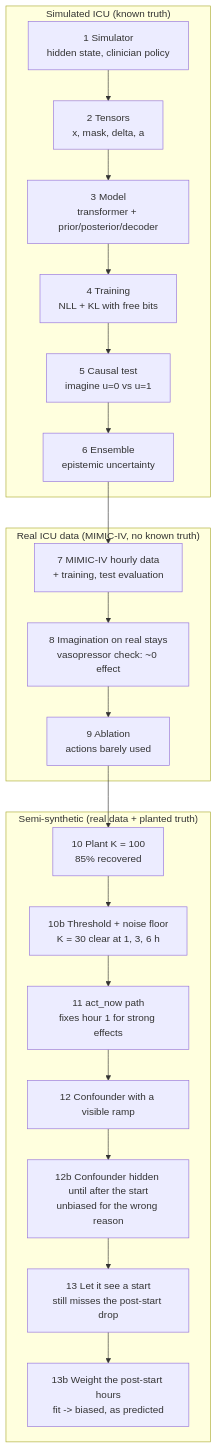
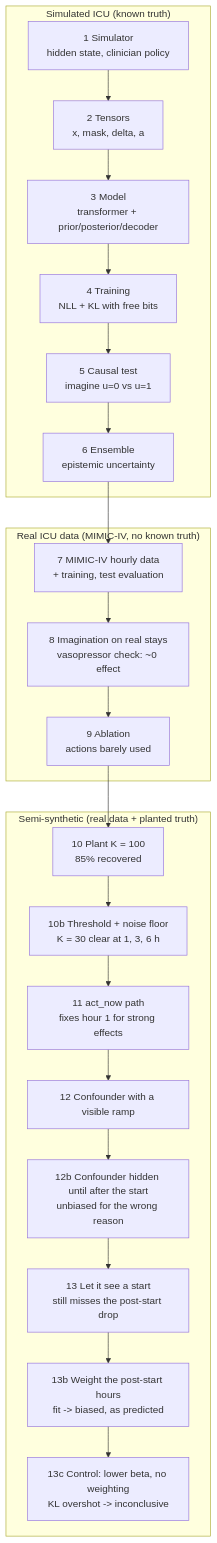
The first of 3 diagrams in docs/JOURNEY.md (seyedhasanmirhoseini1367/icu-world-model), drawn with Mermaid before and after one commit. The commit also changed other lines of this file and 4 other files, not shown here.

First line of the commit message:
Stage 13c results: control off-target, verdict inconclusive

````diff
--- a/docs/JOURNEY.md
+++ b/docs/JOURNEY.md
@@ -10,24 +10,25 @@
 ```mermaid
 flowchart TD
     subgraph SIM["Simulated ICU (known truth)"]
         S1["1 Simulator<br/>hidden state, clinician policy"] --> S2["2 Tensors<br/>x, mask, delta, a"]
         S2 --> S3["3 Model<br/>transformer + prior/posterior/decoder"]
         S3 --> S4["4 Training<br/>NLL + KL with free bits"]
         S4 --> S5["5 Causal test<br/>imagine u=0 vs u=1"]
         S5 --> S6["6 Ensemble<br/>epistemic uncertainty"]
     end
     subgraph REAL["Real ICU data (MIMIC-IV, no known truth)"]
         S7["7 MIMIC-IV hourly data<br/>+ training, test evaluation"] --> S8["8 Imagination on real stays<br/>vasopressor check: ~0 effect"]
         S8 --> S9["9 Ablation<br/>actions barely used"]
     end
     subgraph SEMI["Semi-synthetic (real data + planted truth)"]
         S10["10 Plant K = 100<br/>85% recovered"] --> S10b["10b Threshold + noise floor<br/>K = 30 clear at 1, 3, 6 h"]
         S10b --> S11["11 act_now path<br/>fixes hour 1 for strong effects"]
         S11 --> S12["12 Confounder with a visible ramp"]
         S12 --> S12b["12b Confounder hidden until after the start<br/>unbiased for the wrong reason"]
         S12b --> S13["13 Let it see a start<br/>still misses the post-start drop"]
         S13 --> S13b["13b Weight the post-start hours<br/>fit -> biased, as predicted"]
+        S13b --> S13c["13c Control: lower beta, no weighting<br/>KL overshot -> inconclusive"]
     end
     S6 --> S7
     S9 --> S10
 ```
````
